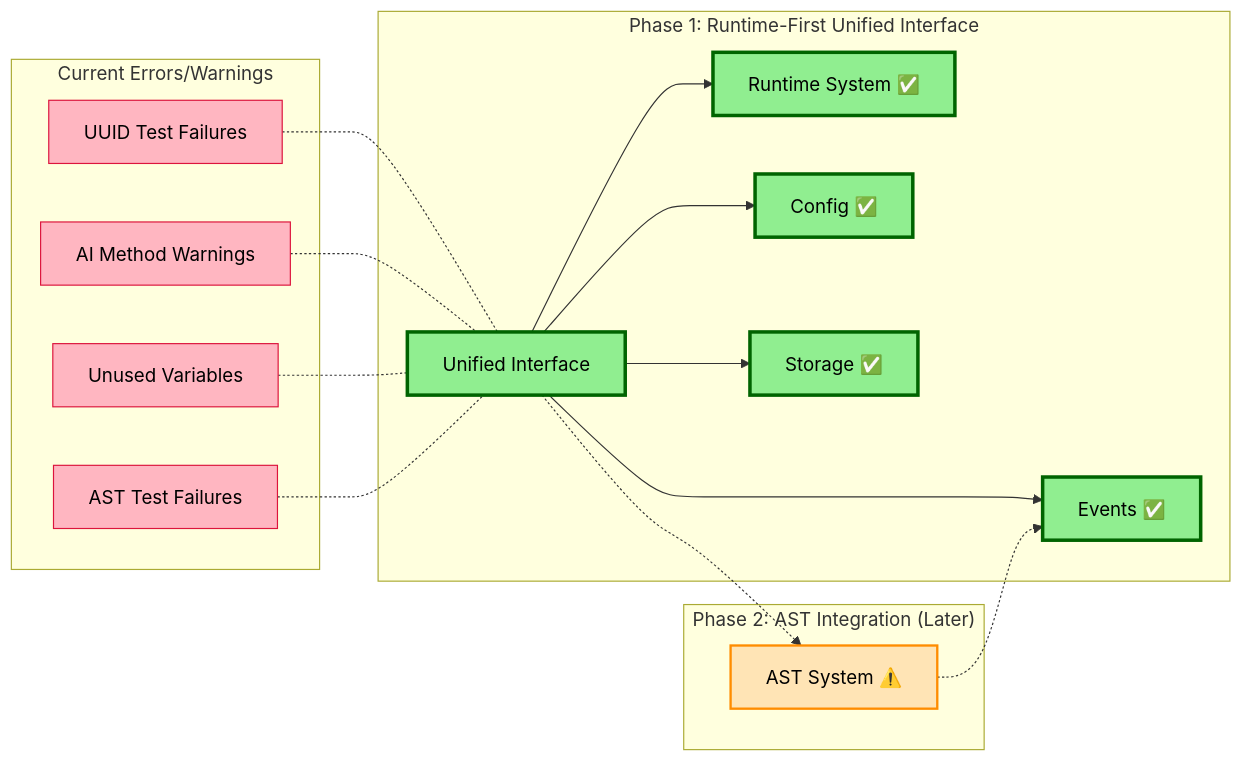
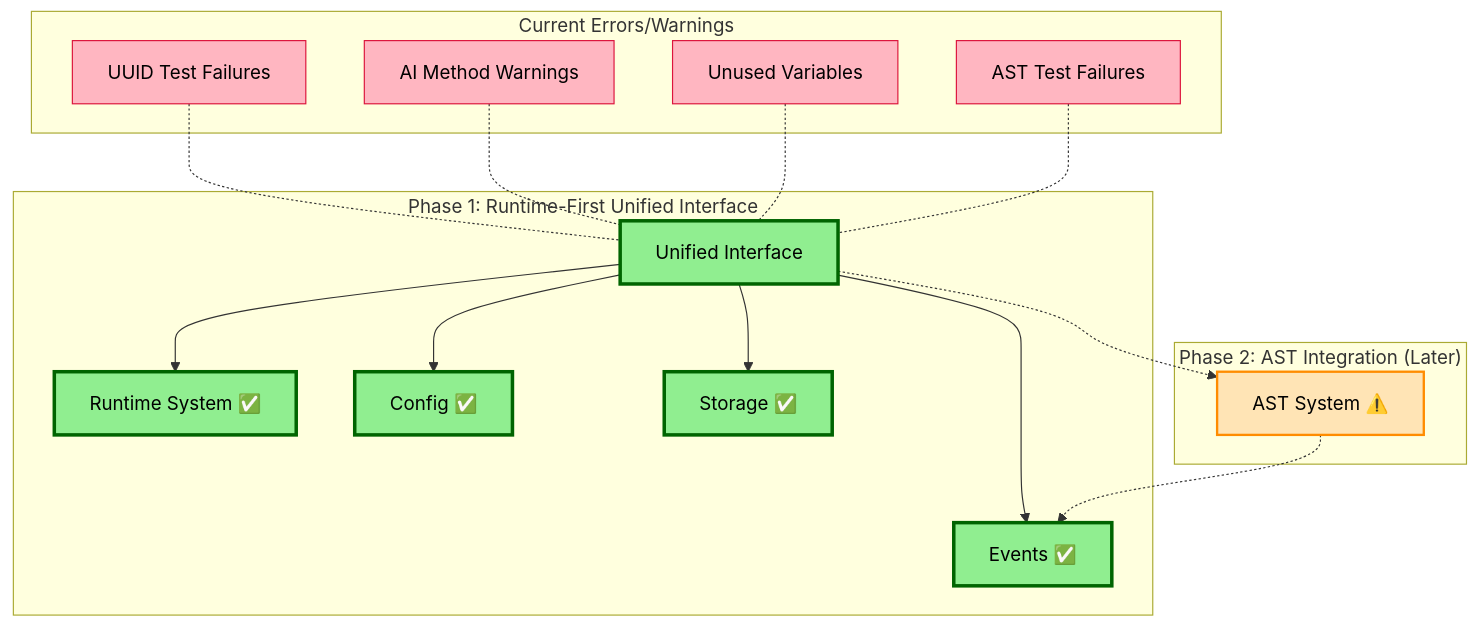
Before and after one commit to nshkrdotcom/ElixirScope: the second of 7 diagrams in DIAGS.md, drawn with Mermaid.

````diff
--- a/DIAGS.md
+++ b/DIAGS.md
@@ -73,36 +73,36 @@
 ```mermaid
-graph LR
+graph TD
     subgraph "Phase 1: Runtime-First Unified Interface"
         UI[Unified Interface]
         UI --> RT[Runtime System ✅]
         UI --> EV[Events ✅]
         UI --> CF[Config ✅]
         UI --> ST[Storage ✅]
     end
     
     subgraph "Phase 2: AST Integration (Later)"
         UI -.-> AST[AST System ⚠️]
         AST -.-> EV
     end
     
     subgraph "Current Errors/Warnings"
         E1[UUID Test Failures]
         E2[AI Method Warnings]
         E3[Unused Variables]
         E4[AST Test Failures]
     end
     
     %% Show errors don't affect Phase 1
     E1 -.- UI
     E2 -.- UI
     E3 -.- UI
     E4 -.- UI
     
     classDef phase1 fill:#90EE90,stroke:#006400,stroke-width:3px,color:#000
     classDef phase2 fill:#FFE4B5,stroke:#FF8C00,stroke-width:2px,color:#000
     classDef errors fill:#FFB6C1,stroke:#DC143C,stroke-width:1px,color:#000
     
     class UI,RT,EV,CF,ST phase1
     class AST phase2
     class E1,E2,E3,E4 errors
 ```
````
